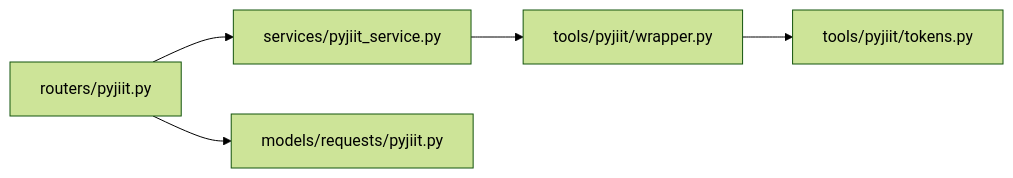
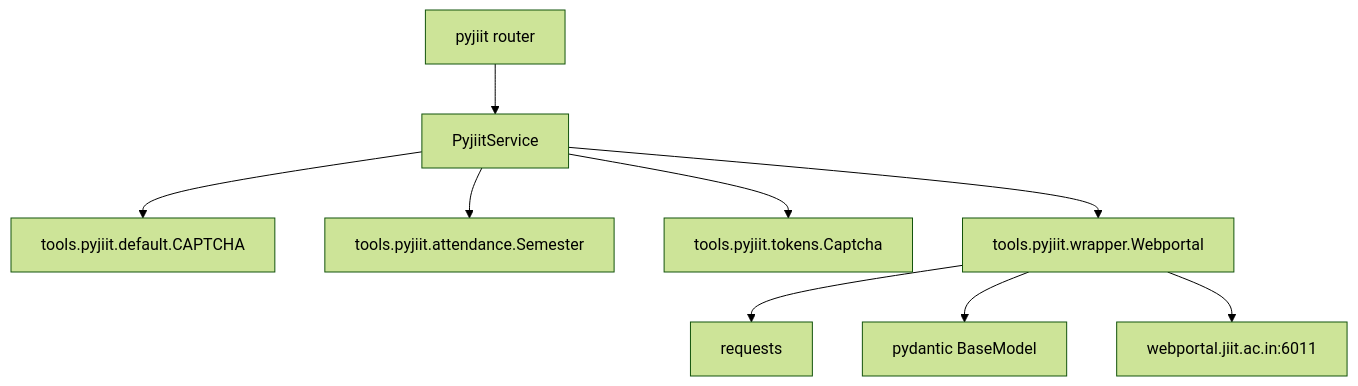
One commit to tashifkhan/tashif.codes changed the sixth of 6 diagrams in src/data/docs/agentic-browser/API Server/Academic Portal API.md. Above: the diagram before and after it, drawn with Mermaid (forest theme). The commit also changed other lines of this file and 114 other files, not shown here.

````diff
--- a/src/data/docs/agentic-browser/API Server/Academic Portal API.md
+++ b/src/data/docs/agentic-browser/API Server/Academic Portal API.md
@@ -165,7 +186,11 @@
 ```mermaid
-graph LR
-Router["routers/pyjiit.py"] --> Service["services/pyjiit_service.py"]
-Service --> Wrapper["tools/pyjiit/wrapper.py"]
-Wrapper --> Tokens["tools/pyjiit/tokens.py"]
-Router --> Models["models/requests/pyjiit.py"]
+graph TB
+  PJ["pyjiit router"] --> PS["PyjiitService"]
+  PS --> DF["tools.pyjiit.default.CAPTCHA"]
+  PS --> AT["tools.pyjiit.attendance.Semester"]
+  PS --> TK["tools.pyjiit.tokens.Captcha"]
+  PS --> WP["tools.pyjiit.wrapper.Webportal"]
+  WP --> REQ["requests"]
+  WP --> PU["pydantic BaseModel"]
+  WP --> API["webportal.jiit.ac.in:6011"]
 ```
````
